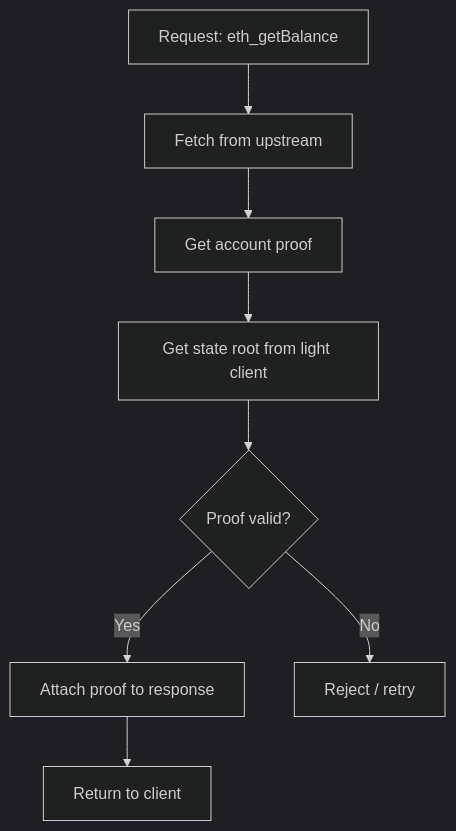
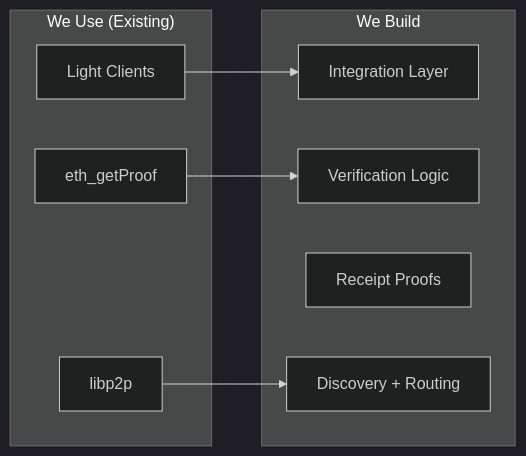
Before and after one commit to dvrpc-eth/dvrpc-docs: the sixth of 6 diagrams in diagrams/architecture.md, drawn with Mermaid (dark theme). The commit also changed other lines of this file and 7 other files, not shown here.

````diff
--- a/diagrams/architecture.md
+++ b/diagrams/architecture.md
@@ -79,10 +134,19 @@
 ```mermaid
-flowchart TD
-    REQ[Request: eth_getBalance] --> FETCH[Fetch from upstream]
-    FETCH --> PROOF[Get account proof]
-    PROOF --> ROOT[Get state root from light client]
-    ROOT --> VERIFY{Proof valid?}
-    VERIFY -->|Yes| ATTACH[Attach proof to response]
-    VERIFY -->|No| REJECT[Reject / retry]
-    ATTACH --> RETURN[Return to client]
+flowchart LR
+    subgraph Existing["We Use (Existing)"]
+        LC[Light Clients]
+        EIP[eth_getProof]
+        LIBP2P[libp2p]
+    end
+
+    subgraph Build["We Build"]
+        INT[Integration Layer]
+        VERIFY[Verification Logic]
+        RECEIPT[Receipt Proofs]
+        ROUTING[Discovery + Routing]
+    end
+
+    LC --> INT
+    EIP --> VERIFY
+    LIBP2P --> ROUTING
 ```
````
